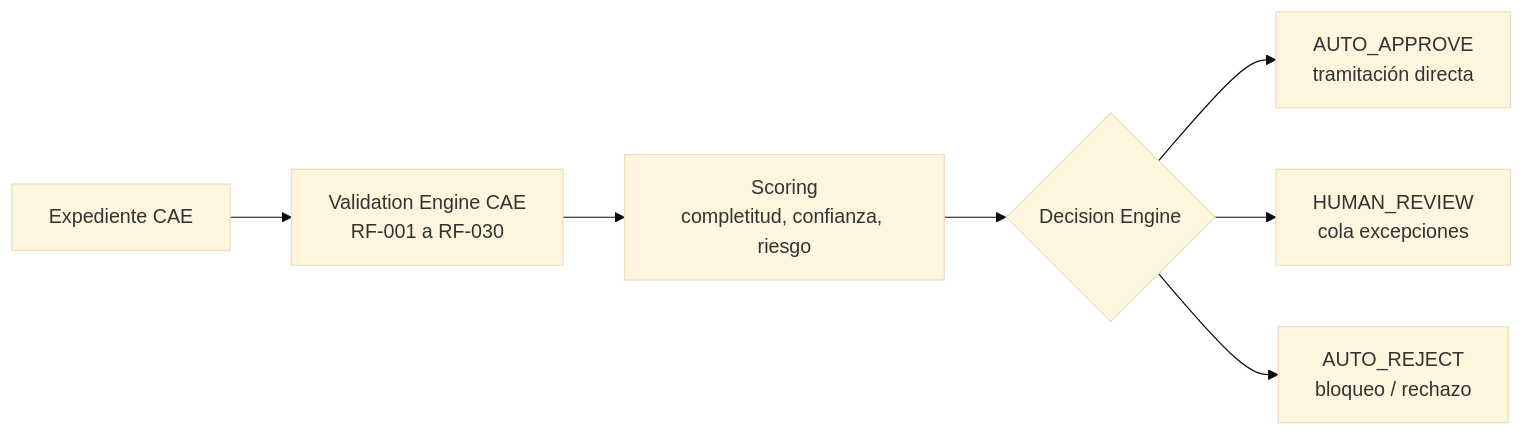
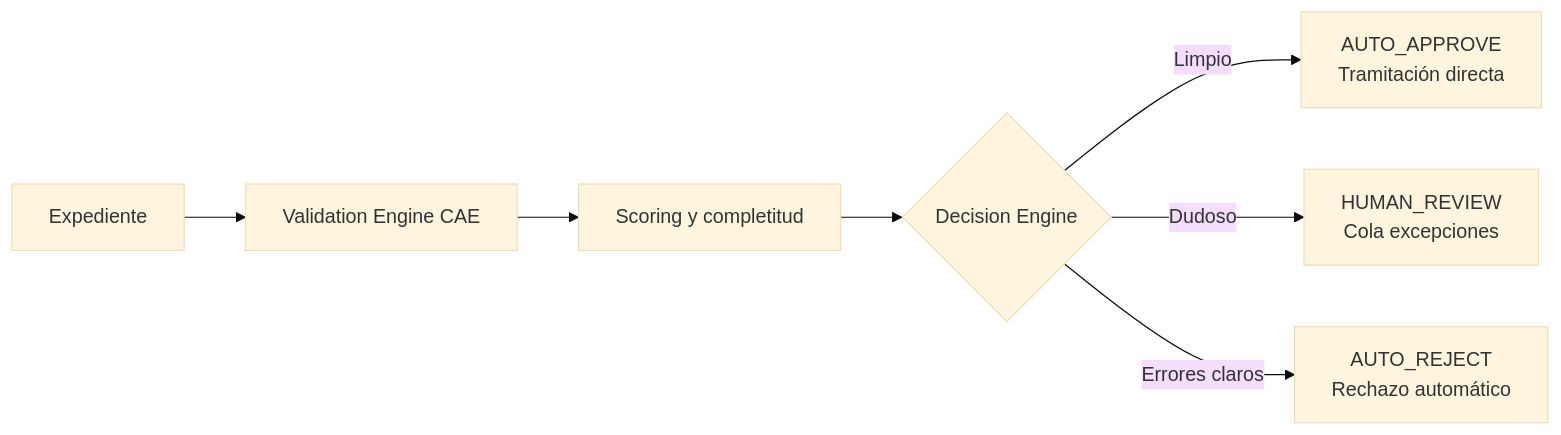
Before and after one commit to angelnietos/erp: the diagram in caedocs/RESUMEN-EJECUTIVO-CLIENTE-v3.0.md, drawn with Mermaid (base theme). The commit also changed other lines of this file and 1 other file, not shown here.

````diff
--- a/caedocs/RESUMEN-EJECUTIVO-CLIENTE-v3.0.md
+++ b/caedocs/RESUMEN-EJECUTIVO-CLIENTE-v3.0.md
@@ -81,15 +66,9 @@
 ```mermaid
 flowchart LR
-    EXP["Expediente CAE"]
-    VE["Validation Engine CAE<br/>RF-001 a RF-030"]
-    SCORE["Scoring<br/>completitud, confianza, riesgo"]
-    DEC{"Decision Engine"}
-    APPROVE["AUTO_APPROVE<br/>tramitación directa"]
-    REVIEW["HUMAN_REVIEW<br/>cola excepciones"]
-    REJECT["AUTO_REJECT<br/>bloqueo / rechazo"]
-
-    EXP --> VE --> SCORE --> DEC
-    DEC --> APPROVE
-    DEC --> REVIEW
-    DEC --> REJECT
+    EXP[Expediente] --> VE[Validation Engine CAE]
+    VE --> SCORE[Scoring y completitud]
+    SCORE --> DEC{Decision Engine}
+    DEC -->|Limpio| APPROVE[AUTO_APPROVE<br/>Tramitación directa]
+    DEC -->|Dudoso| REVIEW[HUMAN_REVIEW<br/>Cola excepciones]
+    DEC -->|Errores claros| REJECT[AUTO_REJECT<br/>Rechazo automático]
 ```
````
